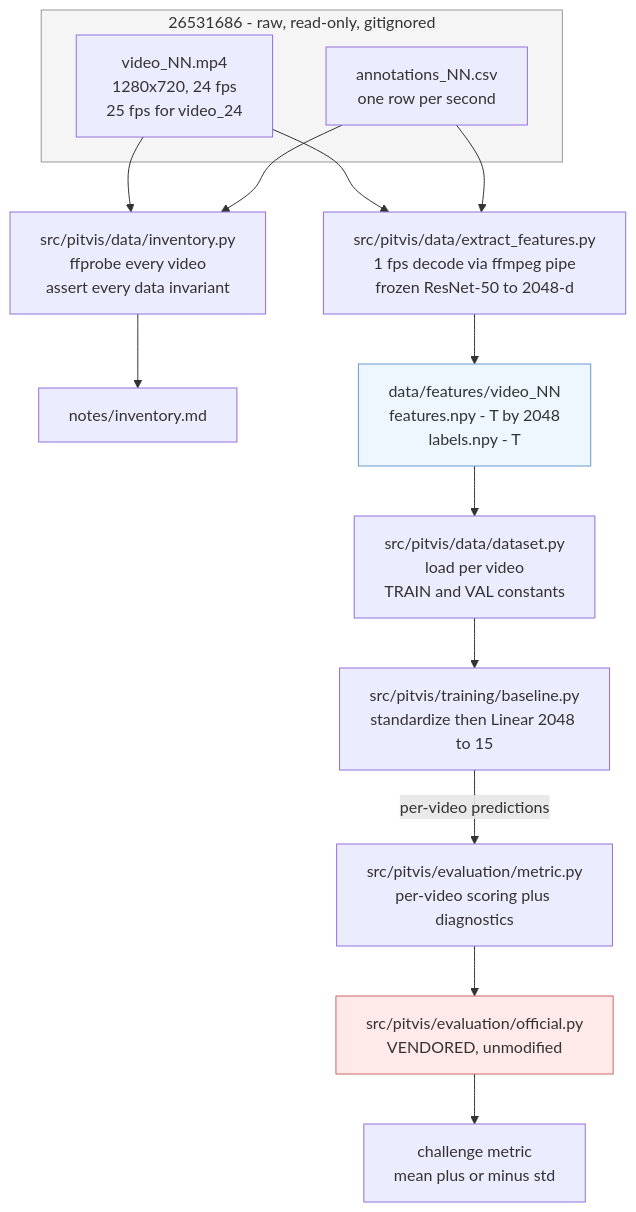
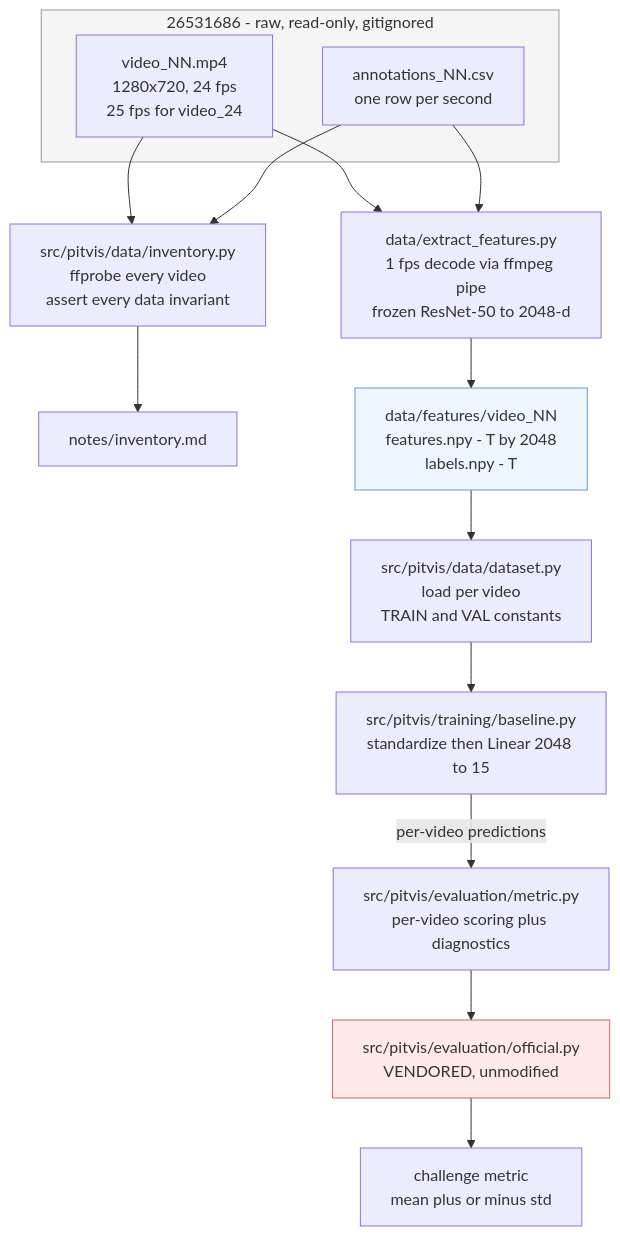
One commit to wylliamunlimited/pitvis-phase-recognition changed the first of 3 diagrams in notes/walkthrough.md. Above: the diagram before and after it, drawn with Mermaid. The commit also changed other lines of this file and 14 other files, not shown here.

````diff
--- a/notes/walkthrough.md
+++ b/notes/walkthrough.md
@@ -294,35 +294,35 @@
 ```mermaid
 flowchart TD
     subgraph raw["26531686 - raw, read-only, gitignored"]
         V["video_NN.mp4<br/>1280x720, 24 fps<br/>25 fps for video_24"]
         A["annotations_NN.csv<br/>one row per second"]
     end
 
     INV["src/pitvis/data/inventory.py<br/>ffprobe every video<br/>assert every data invariant"]
     NOTES["notes/inventory.md"]
 
-    EX["src/pitvis/data/extract_features.py<br/>1 fps decode via ffmpeg pipe<br/>frozen ResNet-50 to 2048-d"]
+    EX["data/extract_features.py<br/>1 fps decode via ffmpeg pipe<br/>frozen ResNet-50 to 2048-d"]
     FEAT["data/features/video_NN<br/>features.npy - T by 2048<br/>labels.npy - T"]
 
     DS["src/pitvis/data/dataset.py<br/>load per video<br/>TRAIN and VAL constants"]
     TR["src/pitvis/training/baseline.py<br/>standardize then Linear 2048 to 15"]
     EV["src/pitvis/evaluation/metric.py<br/>per-video scoring plus diagnostics"]
     OM["src/pitvis/evaluation/official.py<br/>VENDORED, unmodified"]
     OUT["challenge metric<br/>mean plus or minus std"]
 
     V --> INV
     A --> INV
     INV --> NOTES
     V --> EX
     A --> EX
     EX --> FEAT
     FEAT --> DS
     DS --> TR
     TR -->|per-video predictions| EV
     EV --> OM
     OM --> OUT
 
     style raw fill:#f5f5f5,stroke:#999
     style OM fill:#ffe9e9,stroke:#c66
     style FEAT fill:#eef7ff,stroke:#69c
 ```
````
